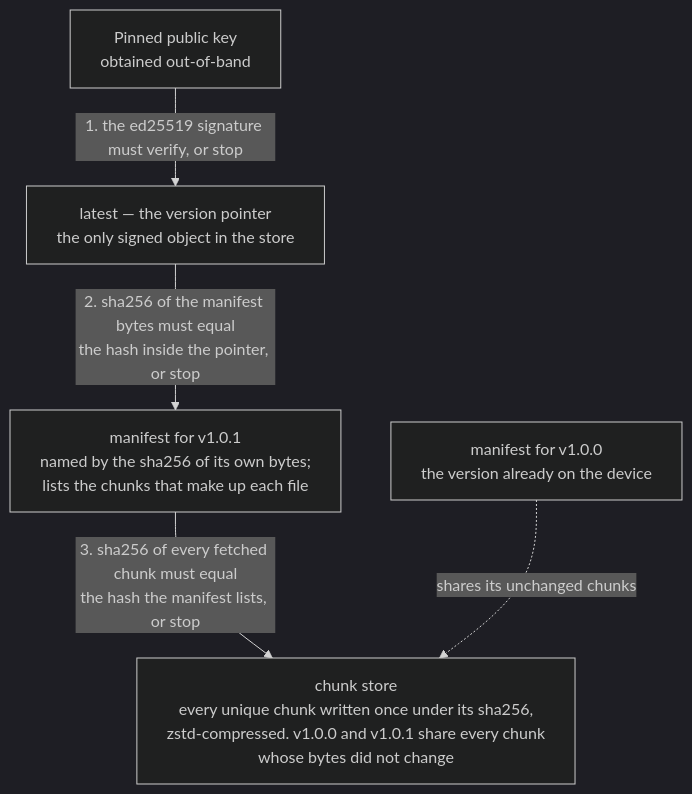
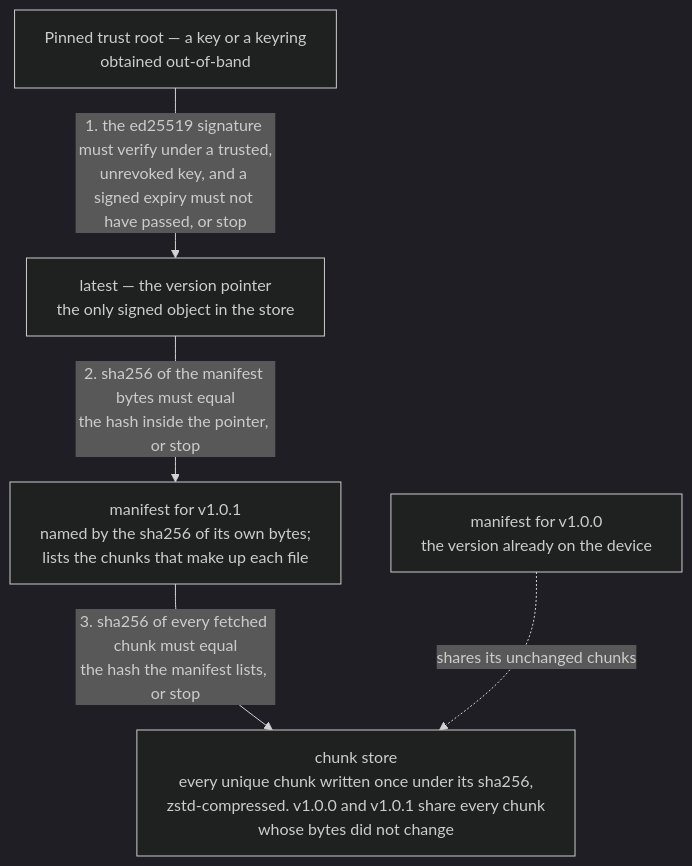
Before and after one commit to hseshadr/edge-proc: the third of 3 diagrams in docs/ARCHITECTURE.md, drawn with Mermaid (dark theme). The commit also changed other lines of this file and 26 other files, not shown here.

````diff
--- a/docs/ARCHITECTURE.md
+++ b/docs/ARCHITECTURE.md
@@ -74,14 +78,14 @@
 ```mermaid
 %%{init: {"flowchart": {"wrappingWidth": 460}}}%%
 flowchart TD
-    key["Pinned public key<br/>obtained out-of-band"]
+    key["Pinned trust root — a key or a keyring<br/>obtained out-of-band"]
     latest["latest — the version pointer<br/>the only signed object in the store"]
     m101["manifest for v1.0.1<br/>named by the sha256 of its own bytes;<br/>lists the chunks that make up each file"]
     m100["manifest for v1.0.0<br/>the version already on the device"]
     chunks["chunk store<br/>every unique chunk written once under its sha256,<br/>zstd-compressed. v1.0.0 and v1.0.1 share every chunk<br/>whose bytes did not change"]
 
-    key -->|"1. the ed25519 signature must verify, or stop"| latest
+    key -->|"1. the ed25519 signature must verify under a trusted,<br/>unrevoked key, and a signed expiry must not have passed, or stop"| latest
     latest -->|"2. sha256 of the manifest bytes must equal<br/>the hash inside the pointer, or stop"| m101
     m101 -->|"3. sha256 of every fetched chunk must equal<br/>the hash the manifest lists, or stop"| chunks
     m100 -.->|"shares its unchanged chunks"| chunks
 ```
````
